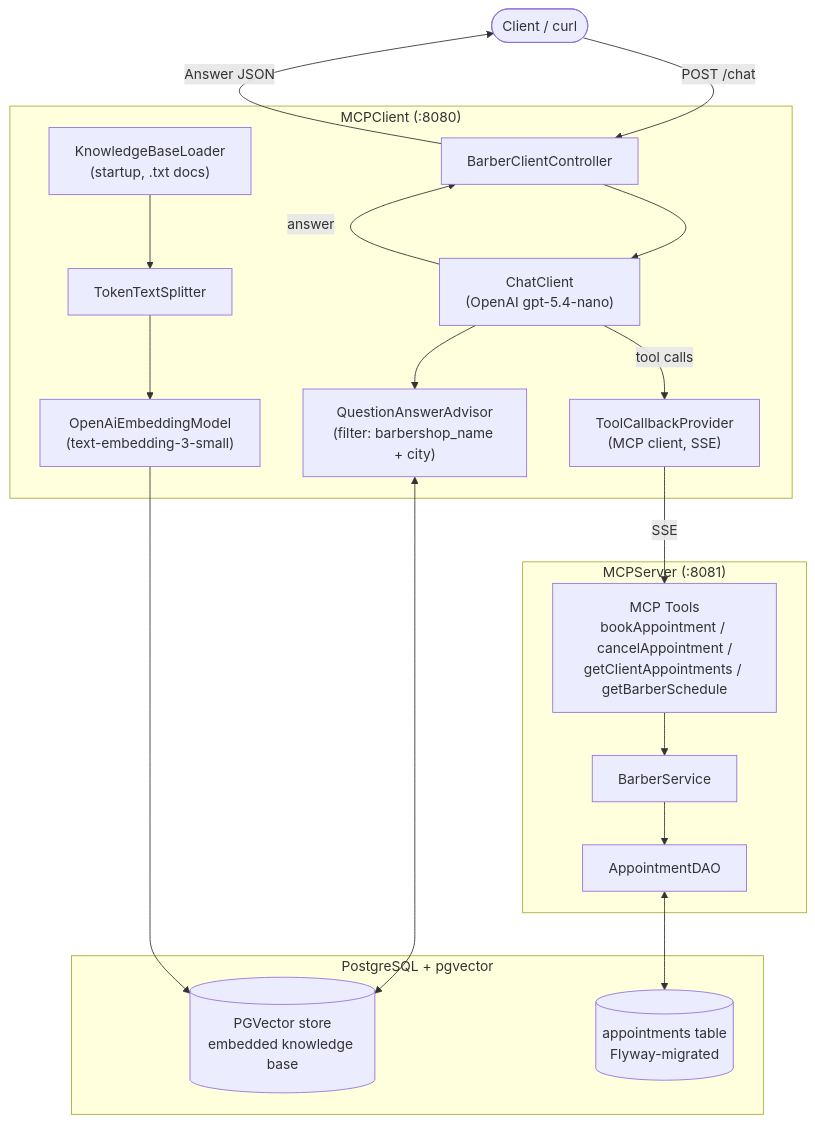
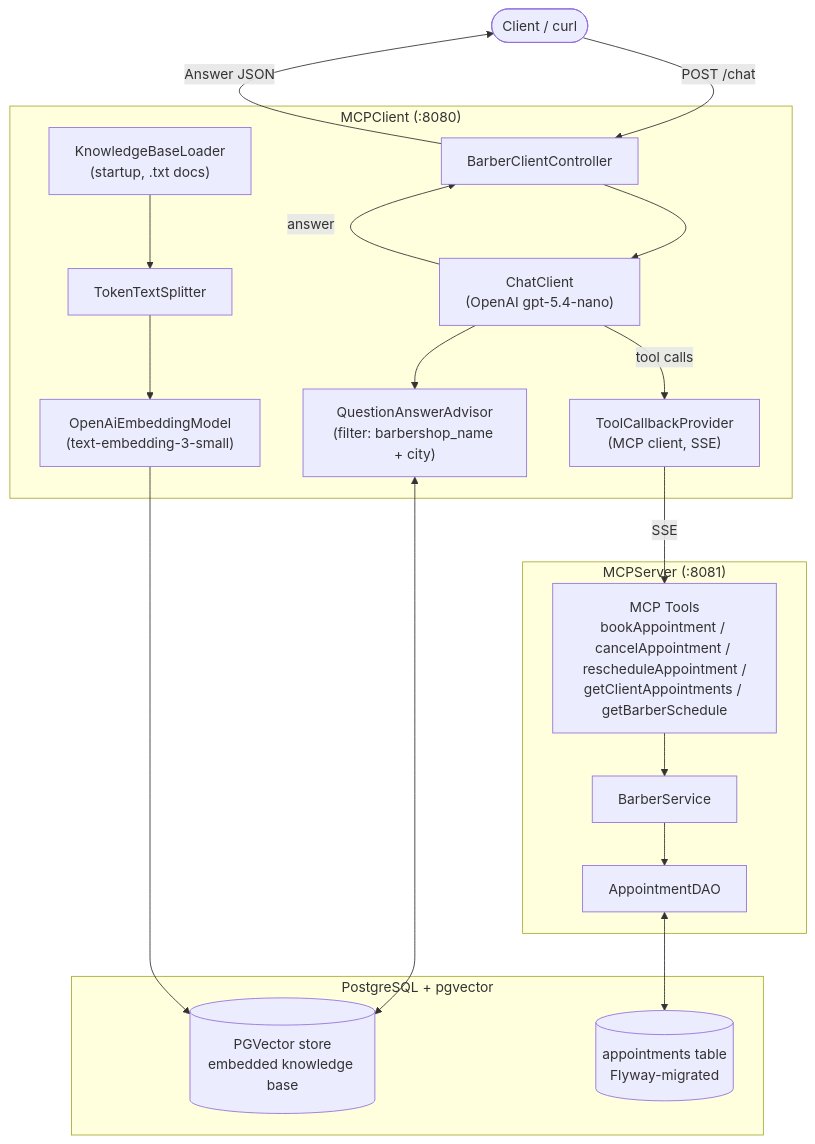
The diagram in README.md (asharameta/barbershop-ai-consultant), drawn with Mermaid before and after one commit. The commit also changed 8 other files, not shown here.

````diff
--- a/README.md
+++ b/README.md
@@ -22,31 +22,31 @@
 ```mermaid
 flowchart TD
     User(["Client / curl"]) -->|"POST /chat"| Controller["BarberClientController"]
 
     subgraph MCPClient["MCPClient (:8080)"]
         Controller --> ChatClient["ChatClient\n(OpenAI gpt-5.4-nano)"]
         ChatClient --> QAAdvisor["QuestionAnswerAdvisor\n(filter: barbershop_name + city)"]
         ChatClient -->|tool calls| ToolProvider["ToolCallbackProvider\n(MCP client, SSE)"]
 
         Loader["KnowledgeBaseLoader\n(startup, .txt docs)"] --> Splitter["TokenTextSplitter"]
         Splitter --> Embed["OpenAiEmbeddingModel\n(text-embedding-3-small)"]
     end
 
     subgraph MCPServer["MCPServer (:8081)"]
-        ToolProvider -->|SSE| Tools["MCP Tools\nbookAppointment / cancelAppointment /\ngetClientAppointments / getBarberSchedule"]
+        ToolProvider -->|SSE| Tools["MCP Tools\nbookAppointment / cancelAppointment / rescheduleAppointment /\ngetClientAppointments / getBarberSchedule"]
         Tools --> BarberService["BarberService"]
         BarberService --> DAO["AppointmentDAO"]
     end
 
     subgraph DB["PostgreSQL + pgvector"]
         Vectors[("PGVector store\nembedded knowledge base")]
         Appointments[("appointments table\nFlyway-migrated")]
     end
 
     QAAdvisor <--> Vectors
     Embed --> Vectors
     DAO <--> Appointments
 
     ChatClient -->|answer| Controller
     Controller -->|Answer JSON| User
 ```
````
